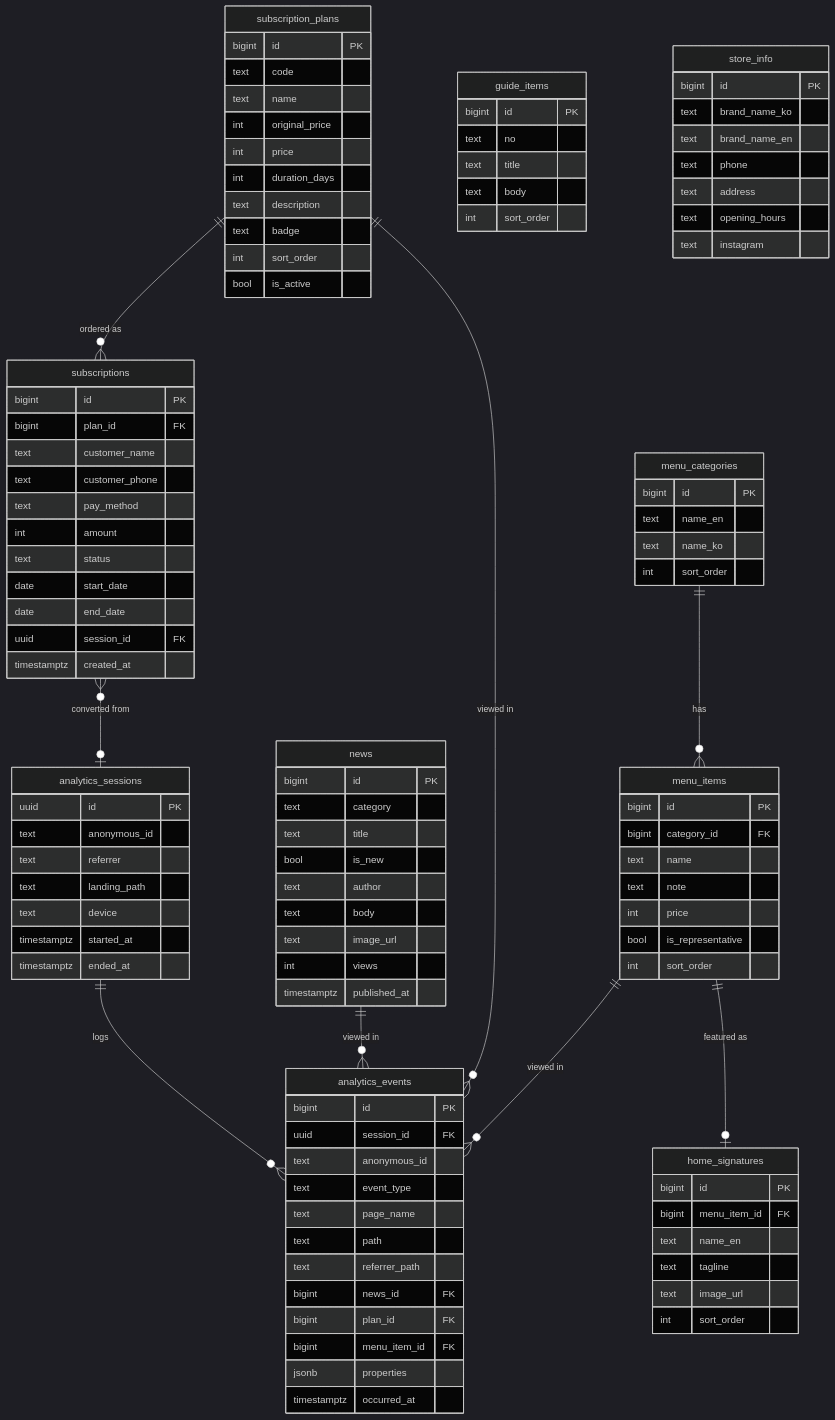
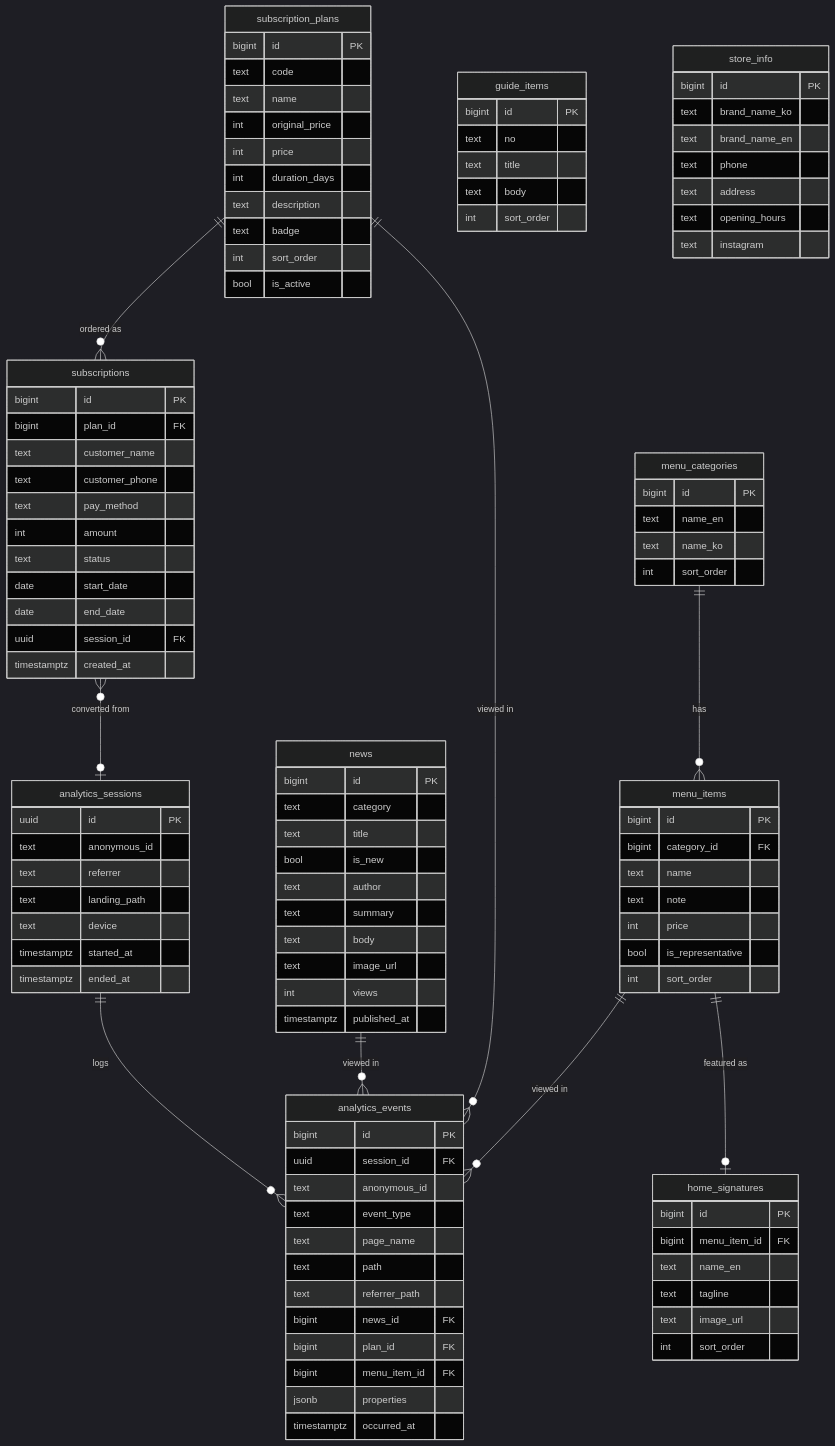
Before and after one commit to wonhyuk12/project: the diagram in SCHEMA.md, drawn with Mermaid (dark theme). The commit also changed other lines of this file and 41 other files, not shown here.

```diff
--- a/SCHEMA.md
+++ b/SCHEMA.md
@@ -81,6 +81,7 @@
         text title
         bool is_new
         text author
+        text summary
         text body
         text image_url
         int views
```
